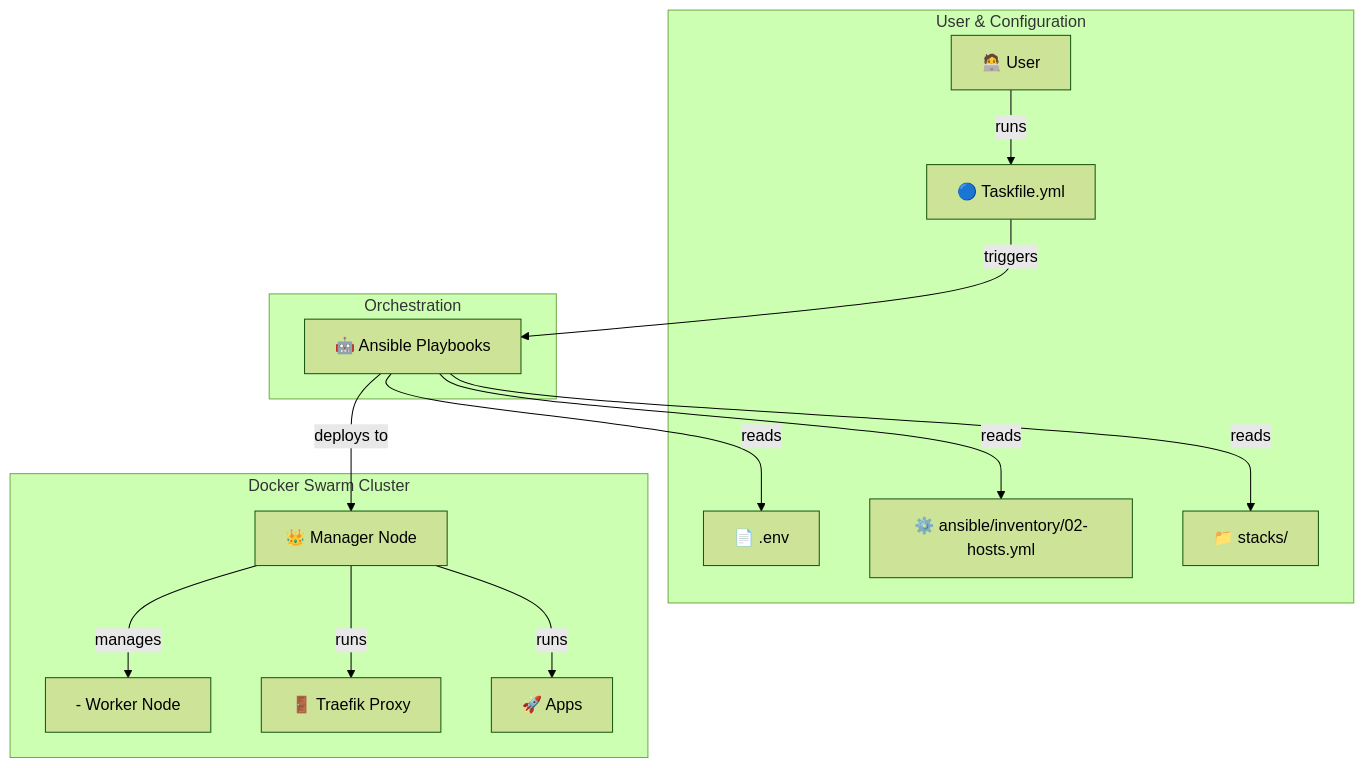
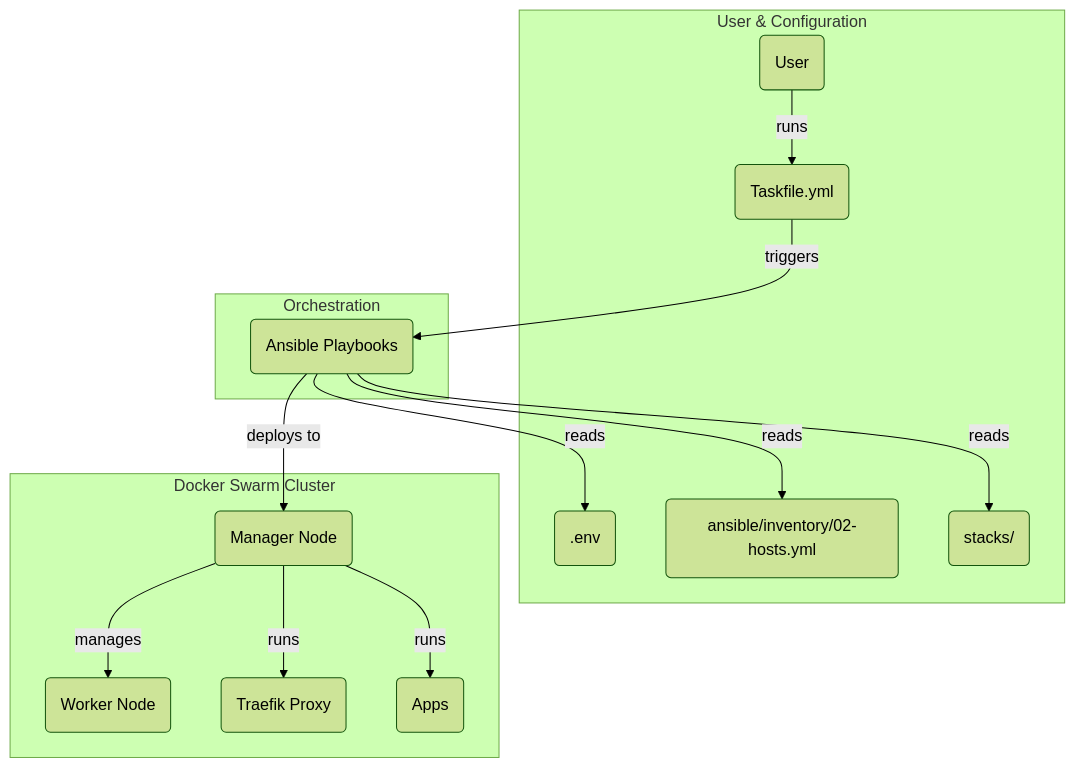
The diagram in docs/index.md (chutch3/homelab), drawn with Mermaid (forest theme) before and after one commit. The commit also changed 2 other files, not shown here.

Commit message:
docs: fixed mermaid diagrams

````diff
--- a/docs/index.md
+++ b/docs/index.md
@@ -179,31 +179,31 @@
 ```mermaid
 graph TB
     subgraph "User & Configuration"
-        USER[🧑‍💻 User]
-        TASK[🔵 Taskfile.yml]
-        DOT_ENV["📄 .env"]
-        INVENTORY["⚙️ ansible/inventory/02-hosts.yml"]
-        STACKS_DIR["📁 stacks/"]
+        USER("User")
+        TASK("Taskfile.yml")
+        DOT_ENV(".env")
+        INVENTORY("ansible/inventory/02-hosts.yml")
+        STACKS_DIR("stacks/")
     end
 
     subgraph "Orchestration"
-        ANSIBLE["🤖 Ansible Playbooks"]
+        ANSIBLE("Ansible Playbooks")
     end
 
     subgraph "Docker Swarm Cluster"
-        MANAGER["👑 Manager Node"]
-        WORKER["- Worker Node"]
-        TRAEFIK["🚪 Traefik Proxy"]
-        APPS["🚀 Apps"]
+        MANAGER("Manager Node")
+        WORKER("Worker Node")
+        TRAEFIK("Traefik Proxy")
+        APPS("Apps")
     end
 
-    USER -- runs --> TASK
-    TASK -- triggers --> ANSIBLE
-    ANSIBLE -- reads --> DOT_ENV
-    ANSIBLE -- reads --> INVENTORY
-    ANSIBLE -- reads --> STACKS_DIR
-    ANSIBLE -- deploys to --> MANAGER
-    MANAGER -- manages --> WORKER
-    MANAGER -- runs --> TRAEFIK
-    MANAGER -- runs --> APPS
+    USER -- "runs" --> TASK
+    TASK -- "triggers" --> ANSIBLE
+    ANSIBLE -- "reads" --> DOT_ENV
+    ANSIBLE -- "reads" --> INVENTORY
+    ANSIBLE -- "reads" --> STACKS_DIR
+    ANSIBLE -- "deploys to" --> MANAGER
+    MANAGER -- "manages" --> WORKER
+    MANAGER -- "runs" --> TRAEFIK
+    MANAGER -- "runs" --> APPS
 ```
````
